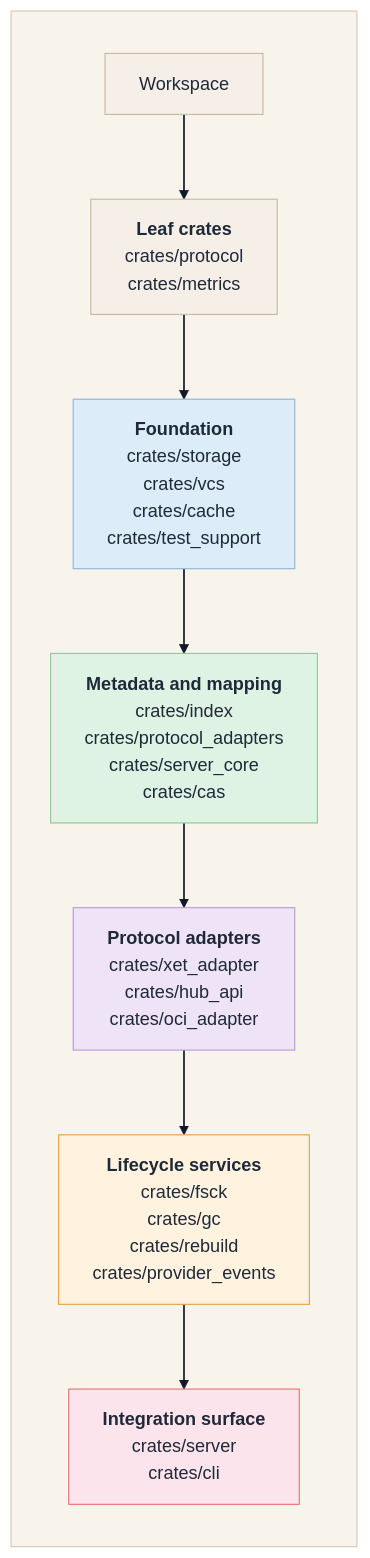
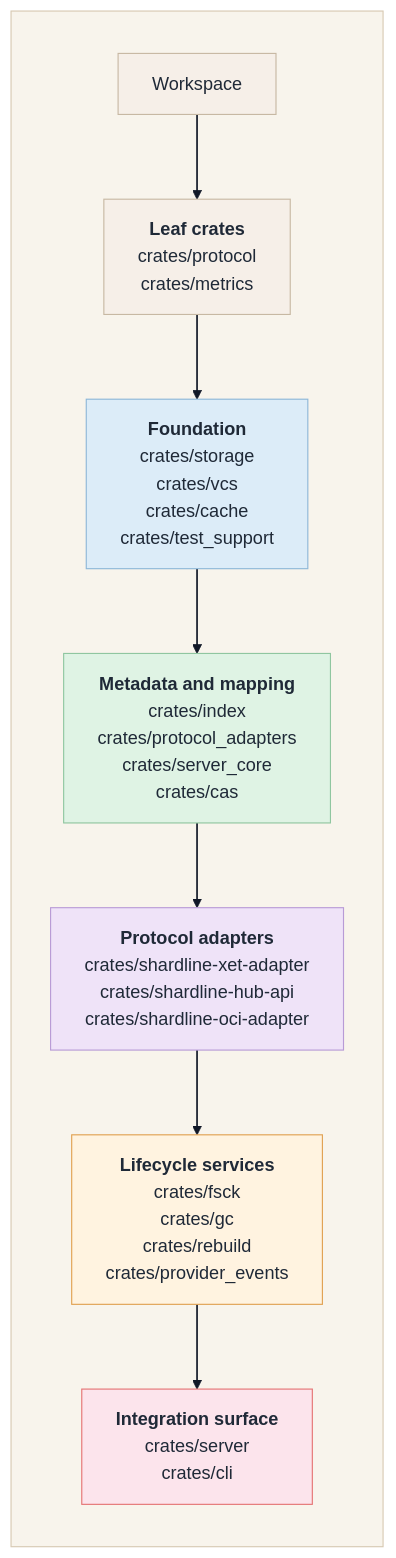
Before and after one commit to STEXS-Technologies/shardline: the fourth of 4 diagrams in docs/ARCHITECTURE.md, drawn with Mermaid. The commit also changed other lines of this file and 2 other files, not shown here.

Commit message:
chore: enable blank issue creation, fix stale crate paths in docs

````diff
--- a/docs/ARCHITECTURE.md
+++ b/docs/ARCHITECTURE.md
@@ -201,37 +201,37 @@
 ```mermaid
 flowchart TD
   subgraph Canvas[ ]
     direction TD
     Workspace[Workspace]
     Leaf["<b>Leaf crates</b><br/>crates/protocol<br/>crates/metrics"]
     Foundation["<b>Foundation</b><br/>crates/storage<br/>crates/vcs<br/>crates/cache<br/>crates/test_support"]
     Middle["<b>Metadata and mapping</b><br/>crates/index<br/>crates/protocol_adapters<br/>crates/server_core<br/>crates/cas"]
-    Adapters["<b>Protocol adapters</b><br/>crates/xet_adapter<br/>crates/hub_api<br/>crates/oci_adapter"]
+    Adapters["<b>Protocol adapters</b><br/>crates/shardline-xet-adapter<br/>crates/shardline-hub-api<br/>crates/shardline-oci-adapter"]
     Lifecycle["<b>Lifecycle services</b><br/>crates/fsck<br/>crates/gc<br/>crates/rebuild<br/>crates/provider_events"]
     Integration["<b>Integration surface</b><br/>crates/server<br/>crates/cli"]
   end
 
   Workspace --> Leaf
   Leaf --> Foundation
   Foundation --> Middle
   Middle --> Adapters
   Adapters --> Lifecycle
   Lifecycle --> Integration
 
   classDef root fill:#f6efe8,stroke:#c7b8a3,color:#1f2937;
   classDef leaf fill:#f6efe8,stroke:#c7b8a3,color:#1f2937;
   classDef foundation fill:#dcecf8,stroke:#8db7d8,color:#1f2937;
   classDef middle fill:#dff3e4,stroke:#90c6a0,color:#1f2937;
   classDef adapter fill:#efe3f8,stroke:#b89bd6,color:#1f2937;
   classDef lifecycle fill:#fff3e0,stroke:#e0a050,color:#1f2937;
   classDef integration fill:#fce4ec,stroke:#e57373,color:#1f2937;
   style Canvas fill:#f8f4ec,stroke:#d7c9b2,color:#1f2937;
   class Workspace root;
   class Leaf leaf;
   class Foundation foundation;
   class Middle middle;
   class Adapters adapter;
   class Lifecycle lifecycle;
   class Integration integration;
   linkStyle default stroke:#111827,stroke-width:1.5px;
 ```
````
